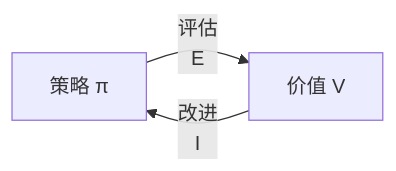
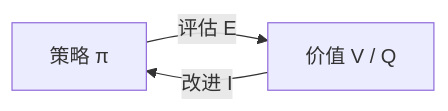
Before and after one commit to Xinyu-lumos/RL-study: the fourth of 4 diagrams in day03-dynamic-programming.md, drawn with Mermaid. The commit also changed other lines of this file, not shown here.

````diff
--- a/day03-dynamic-programming.md
+++ b/day03-dynamic-programming.md
@@ -286,5 +514,5 @@
 ```mermaid
 graph LR
-    A[策略 π] -->|"评估<br/>E"| B[价值 V]
-    B -->|"改进<br/>I"| A
+    A[策略 π] -->|"评估 E"| B[价值 V / Q]
+    B -->|"改进 I"| A
 ```
````
